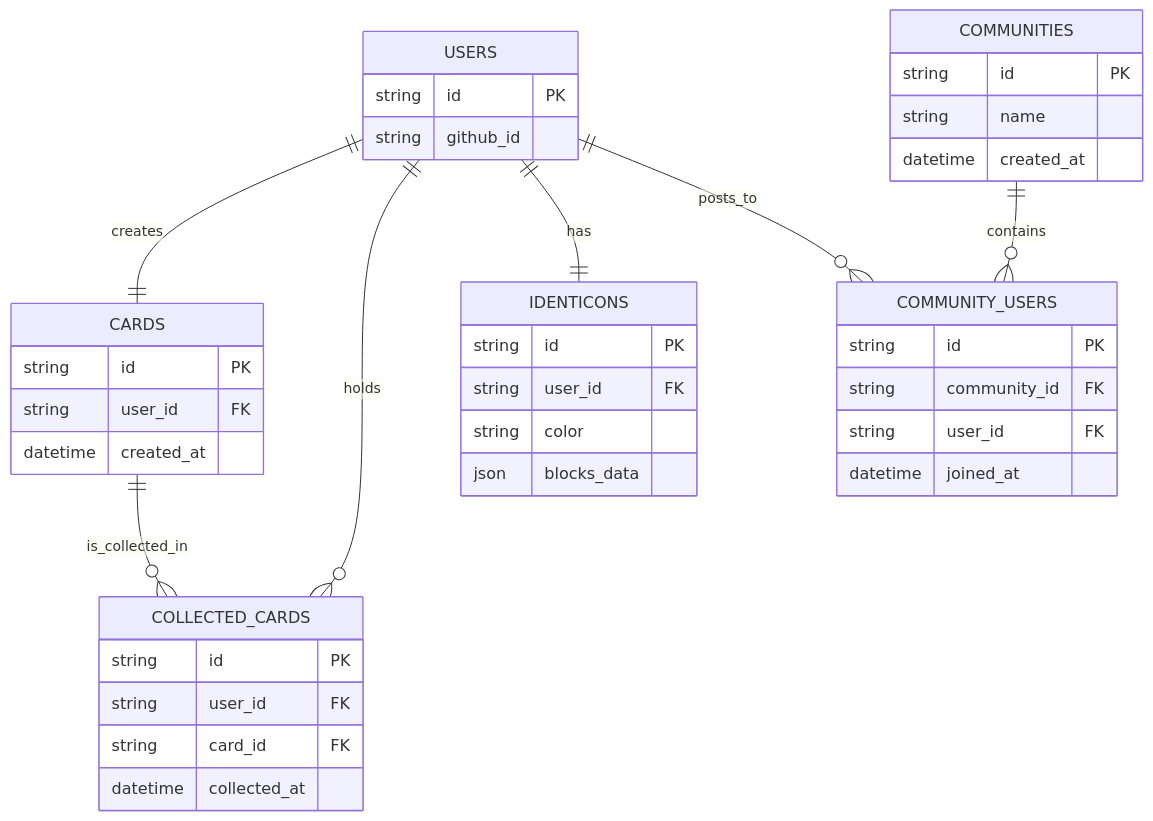
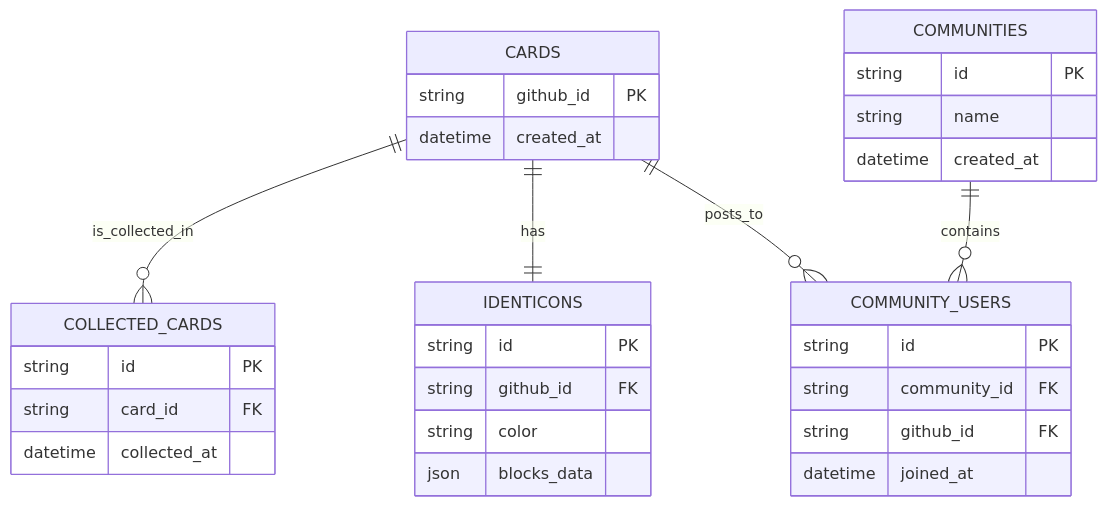
One commit to furarico/octo-deck-api changed the diagram in docs/er.md. Above: the diagram before and after it, drawn with Mermaid.

Commit message:
Update ER diagram (#51)

````diff
--- a/docs/er.md
+++ b/docs/er.md
@@ -3,47 +3,38 @@
 ```mermaid
 erDiagram
-    USERS {
-        string id PK
-        string github_id
-    }
-
     CARDS {
-        string id PK
-        string user_id FK
+        string github_id PK
         datetime created_at
     }
 
     COLLECTED_CARDS {
         string id PK
-        string user_id FK
         string card_id FK
         datetime collected_at
     }
 
     IDENTICONS {
         string id PK
-        string user_id FK
+        string github_id FK
         string color
         json blocks_data
     }
 
     COMMUNITIES {
         string id PK
         string name
         datetime created_at
     }
 
     COMMUNITY_USERS {
-    string id PK
-    string community_id FK
-    string user_id FK
-    datetime joined_at
-}
+        string id PK
+        string community_id FK
+        string github_id FK
+        datetime joined_at
+    }
 
-    USERS ||--|| CARDS : creates
-    USERS ||--o{ COLLECTED_CARDS : holds
     CARDS ||--o{ COLLECTED_CARDS : is_collected_in
-    USERS ||--|| IDENTICONS : has
-    USERS ||--o{ COMMUNITY_USERS : posts_to
+    CARDS ||--|| IDENTICONS : has
+    CARDS ||--o{ COMMUNITY_USERS : posts_to
     COMMUNITIES ||--o{ COMMUNITY_USERS : contains
 ```
````
